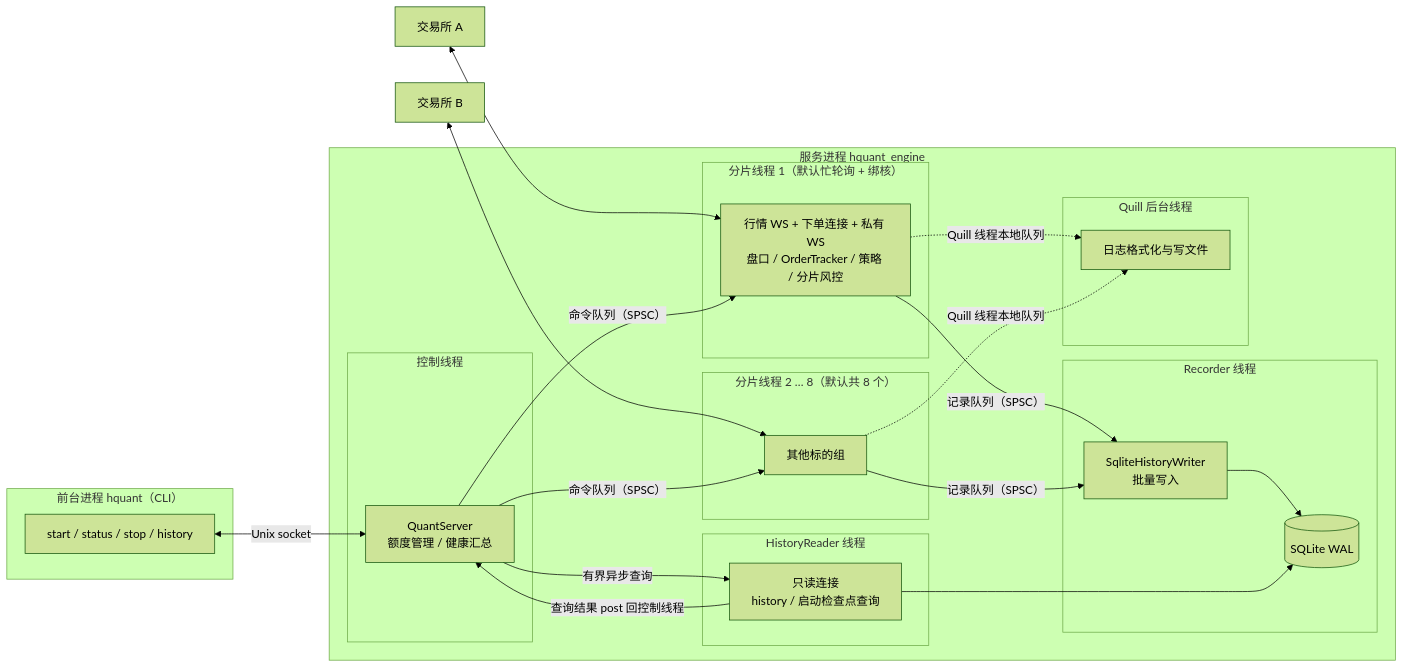
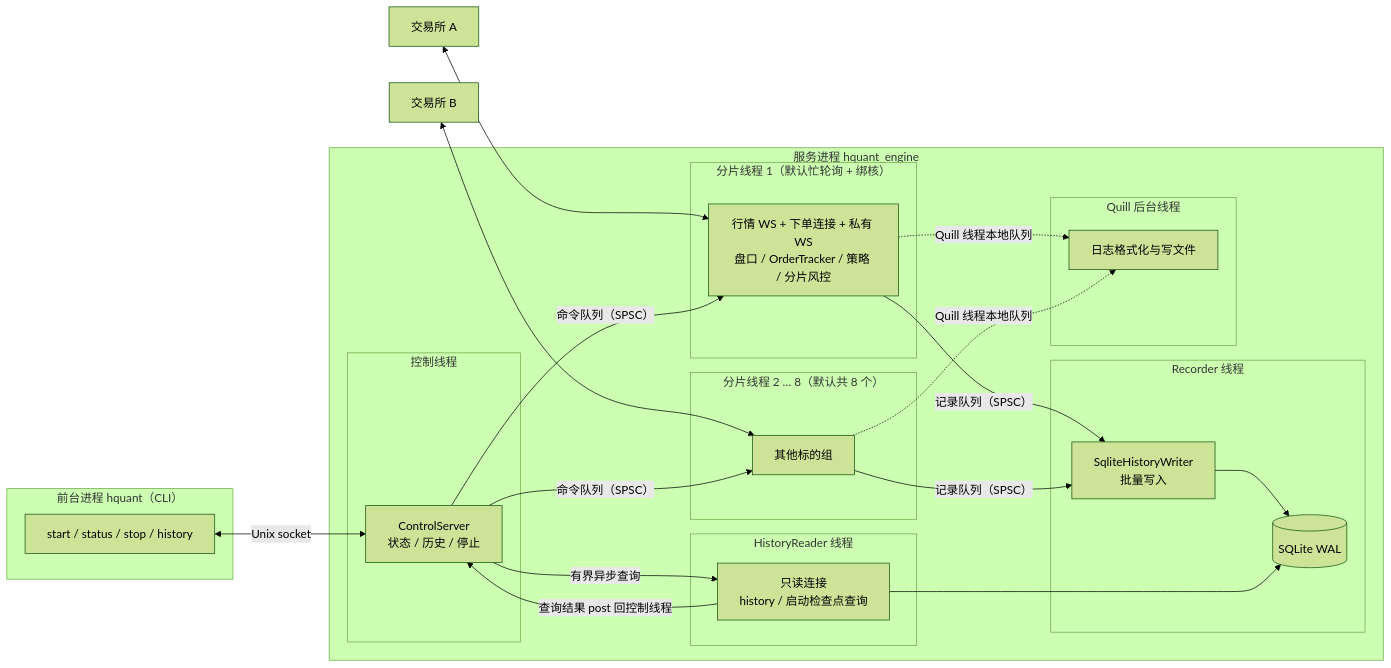
Before and after one commit to larrystd/hbot-quant: the second of 12 diagrams in docs/ARCHITECTURE.md, drawn with Mermaid (forest theme). The commit also changed other lines of this file and 47 other files, not shown here.

First line of the commit message:
feat: organize QuantServer trading chain and control endpoint

````diff
--- a/docs/ARCHITECTURE.md
+++ b/docs/ARCHITECTURE.md
@@ -11,42 +36,42 @@
 ```mermaid
 flowchart LR
     subgraph FRONT["前台进程 hquant（CLI）"]
         CLI["start / status / stop / history"]
     end
 
     subgraph ENGINE["服务进程 hquant_engine"]
         subgraph S1["分片线程 1（默认忙轮询 + 绑核）"]
             SH1["行情 WS + 下单连接 + 私有 WS<br/>盘口 / OrderTracker / 策略 / 分片风控"]
         end
         subgraph S2["分片线程 2 … 8（默认共 8 个）"]
             SH2["其他标的组"]
         end
         subgraph CTRL["控制线程"]
-            CONTROL["QuantServer<br/>额度管理 / 健康汇总"]
+            CONTROL["ControlServer<br/>状态 / 历史 / 停止"]
         end
         subgraph REC["Recorder 线程"]
             RECORDER["SqliteHistoryWriter<br/>批量写入"]
             DB[("SQLite WAL")]
         end
         subgraph HIST["HistoryReader 线程"]
             READER["只读连接<br/>history / 启动检查点查询"]
         end
         subgraph LOGT["Quill 后台线程"]
             QUILL["日志格式化与写文件"]
         end
     end
 
     VENUE1["交易所 A"] <--> SH1
     VENUE2["交易所 B"] <--> SH2
     CLI <-->|"Unix socket"| CONTROL
     CONTROL -->|"命令队列（SPSC）"| SH1
     CONTROL -->|"命令队列（SPSC）"| SH2
     SH1 -->|"记录队列（SPSC）"| RECORDER
     SH2 -->|"记录队列（SPSC）"| RECORDER
     RECORDER --> DB
     CONTROL -->|"有界异步查询"| READER
     READER --> DB
     READER -->|"查询结果 post 回控制线程"| CONTROL
     SH1 -.->|"Quill 线程本地队列"| QUILL
     SH2 -.->|"Quill 线程本地队列"| QUILL
 ```
````
